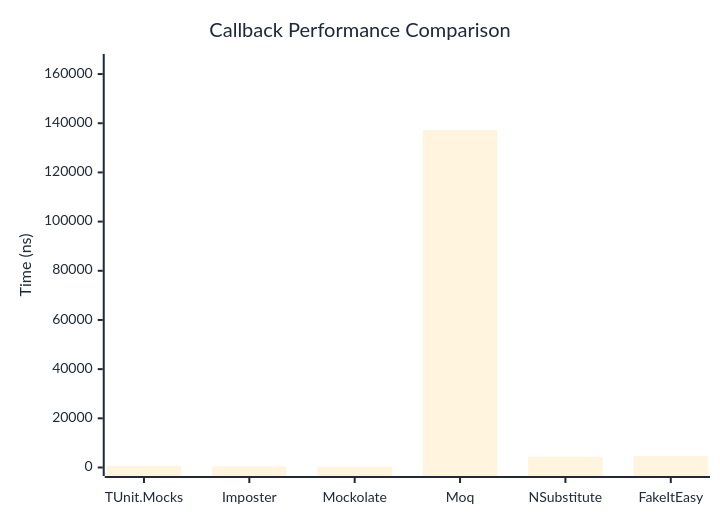
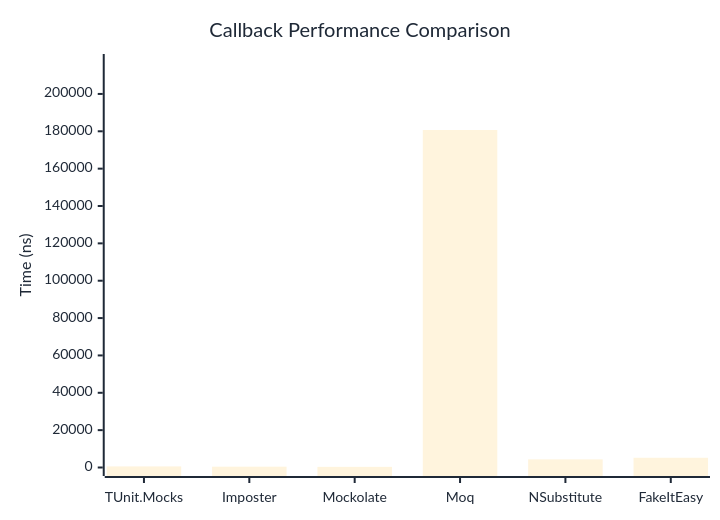
Before and after one commit to thomhurst/TUnit: the first of 2 diagrams in docs/docs/benchmarks/mocks/Callback.md, drawn with Mermaid. The commit also changed other lines of this file and 14 other files, not shown here.

````diff
--- a/docs/docs/benchmarks/mocks/Callback.md
+++ b/docs/docs/benchmarks/mocks/Callback.md
@@ -28,27 +28,27 @@
 ```mermaid
 %%{init: {
   'theme':'base',
   'themeVariables': {
     'primaryColor': '#2563eb',
     'primaryTextColor': '#1f2937',
     'primaryBorderColor': '#1e40af',
     'lineColor': '#6b7280',
     'secondaryColor': '#7c3aed',
     'tertiaryColor': '#dc2626',
     'background': '#ffffff',
     'pie1': '#2563eb',
     'pie2': '#7c3aed',
     'pie3': '#dc2626',
     'pie4': '#f59e0b',
     'pie5': '#10b981',
     'pie6': '#06b6d4',
     'pie7': '#ec4899',
     'pie8': '#6366f1'
   }
 }}%%
 xychart-beta
   title "Callback Performance Comparison"
   x-axis ["TUnit.Mocks", "Imposter", "Mockolate", "Moq", "NSubstitute", "FakeItEasy"]
-  y-axis "Time (ns)" 0 --> 164701
-  bar [635.3, 486.4, 359.7, 137250.1, 4395.7, 4737.5]
+  y-axis "Time (ns)" 0 --> 216832
+  bar [583.1, 439, 343.8, 180692.9, 4359.8, 5218.8]
 ```
````
